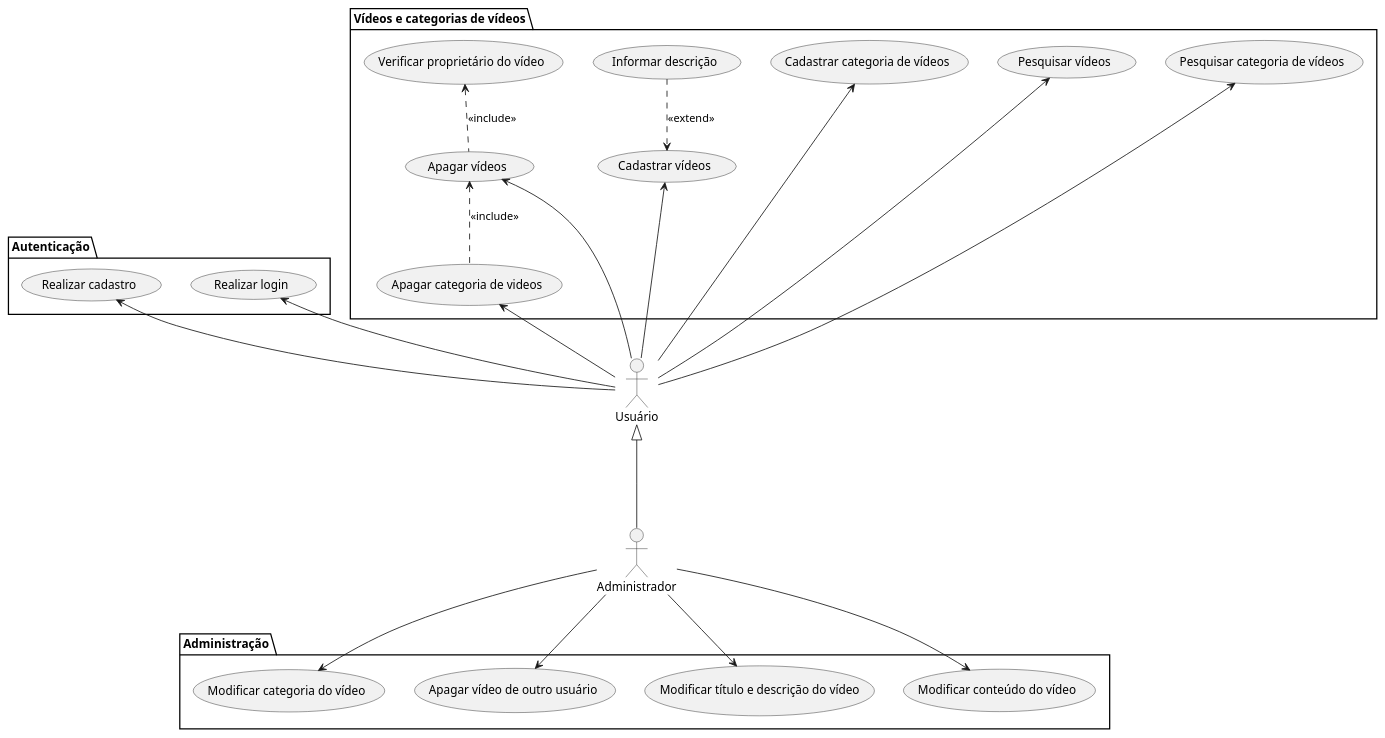
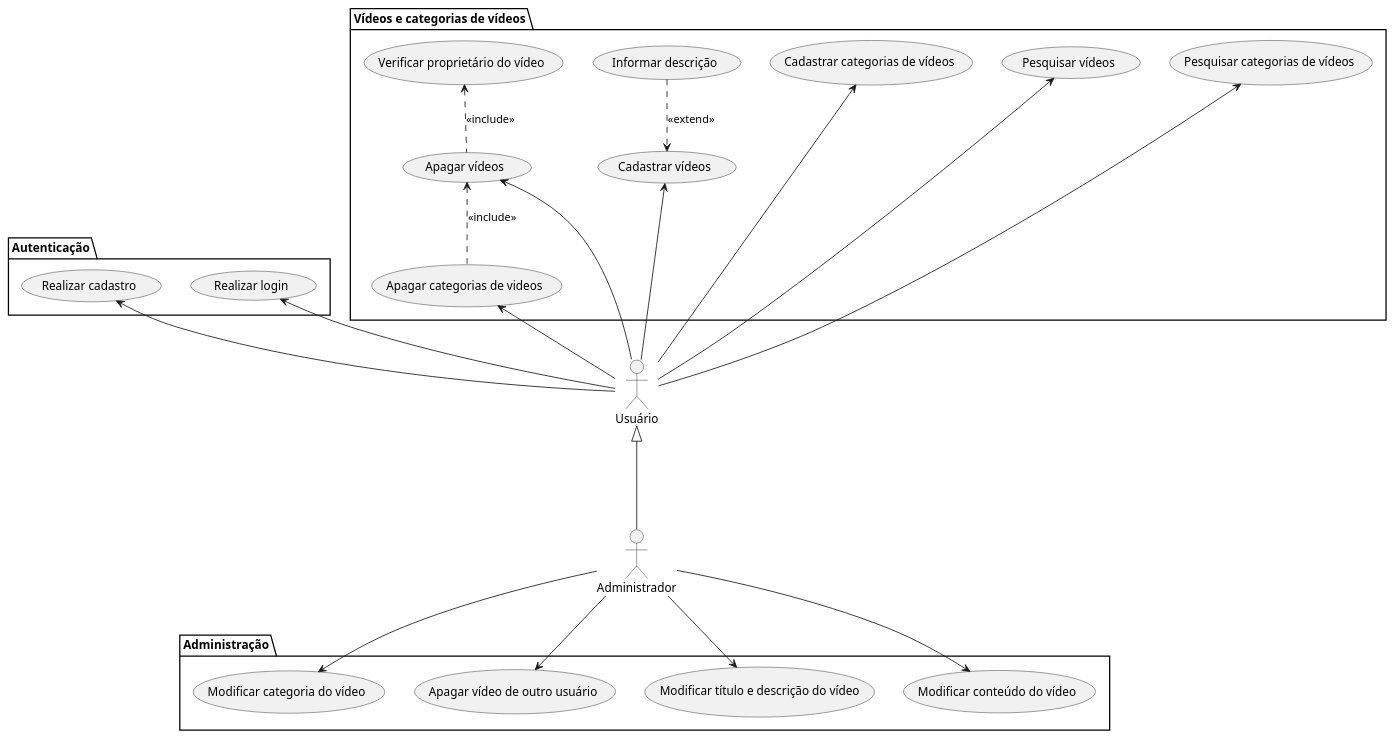
The diagram in DevFlix.puml (MurylloEx/DevFlix-PSW), drawn with PlantUML before and after one commit. The commit also changed 1 other file, not shown here.

```diff
--- a/DevFlix.puml
+++ b/DevFlix.puml
@@ -1,60 +1,60 @@
 @startuml DevFlix
 skinparam Style strictuml
 
 :Usuário: as usuario
 :Administrador: as administrador
 
 
 /' Casos de uso do usuário '/
 package Autenticação {
     (Realizar cadastro) as cadastro
     (Realizar login) as login
 }
 package "Vídeos e categorias de vídeos" {
     (Apagar vídeos) as apagarv
     (Pesquisar vídeos) as pesqv
     (Cadastrar vídeos) as cadv
     (Informar descrição) as infdesc
-    (Pesquisar categoria de vídeos) as pesqcatv
-    (Cadastrar categoria de vídeos) as cadcatv
-    (Apagar categoria de videos) as apgcatv
+    (Pesquisar categorias de vídeos) as pesqcatv
+    (Cadastrar categorias de vídeos) as cadcatv
+    (Apagar categorias de videos) as apgcatv
     (Verificar proprietário do vídeo) as verifprop
 }
 
 
 /' Casos de uso do administrador '/
 package Administração {
     (Modificar categoria do vídeo) as modcatv
     (Modificar conteúdo do vídeo) as modcontv
     (Apagar vídeo de outro usuário) as apgvout
     (Modificar título e descrição do vídeo) as modtitdesc
 }
 
 
 /' Generalização dos atores '/
 usuario <|-down-- administrador
 
 /' Associação dos casos de uso do usuário '/
 usuario -up-> cadv
 usuario -up-> pesqcatv
 usuario -up-> apgcatv
 usuario -up-> pesqv
 usuario -up-> cadcatv
 usuario -up-> login
 usuario -up-> apagarv
 usuario -up-> cadastro
 
 
 /' Include e Extend dos casos de uso do usuário '/
 apagarv .up.> verifprop : <<include>>
 apgcatv .up.> apagarv : <<include>>
 infdesc .down.> cadv : <<extend>>
 
 
 /' Associação dos casos de uso do administrador '/
 administrador -right-> modcatv
 administrador -left-> modcontv
 administrador -down-> apgvout
 administrador -down-> modtitdesc
 
 @enduml
```
